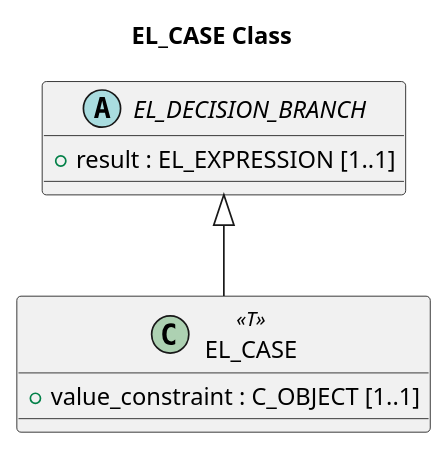
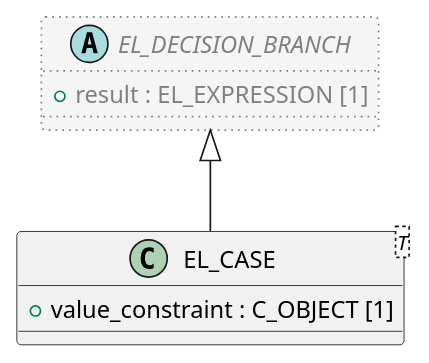
The diagram in code/PlantUML/openehr_lang_1.1.0/org/openehr/lang/bmm/expression/EL_CASE.puml (sebastian-iancu/code-generator), drawn with PlantUML before and after one commit. The commit also changed 1618 other files, not shown here.

```diff
--- a/code/PlantUML/openehr_lang_1.1.0/org/openehr/lang/bmm/expression/EL_CASE.puml
+++ b/code/PlantUML/openehr_lang_1.1.0/org/openehr/lang/bmm/expression/EL_CASE.puml
@@ -1,16 +1,14 @@
 @startuml
-' PlantUML diagram for org.openehr.lang.bmm.expression.EL_CASE
-title EL_CASE Class
 
-class EL_CASE <<T>> {
-  + value_constraint : C_OBJECT [1..1]
+class EL_CASE <T> {
+  + value_constraint : C_OBJECT [1]
 }
 
-abstract class EL_DECISION_BRANCH {
-  + result : EL_EXPRESSION [1..1]
+abstract class EL_DECISION_BRANCH  #whitesmoke;line:gray;line.dotted;text:gray {
+  + result : EL_EXPRESSION [1]
 }
 
 EL_DECISION_BRANCH <|-- EL_CASE
 
 
 @enduml
```
